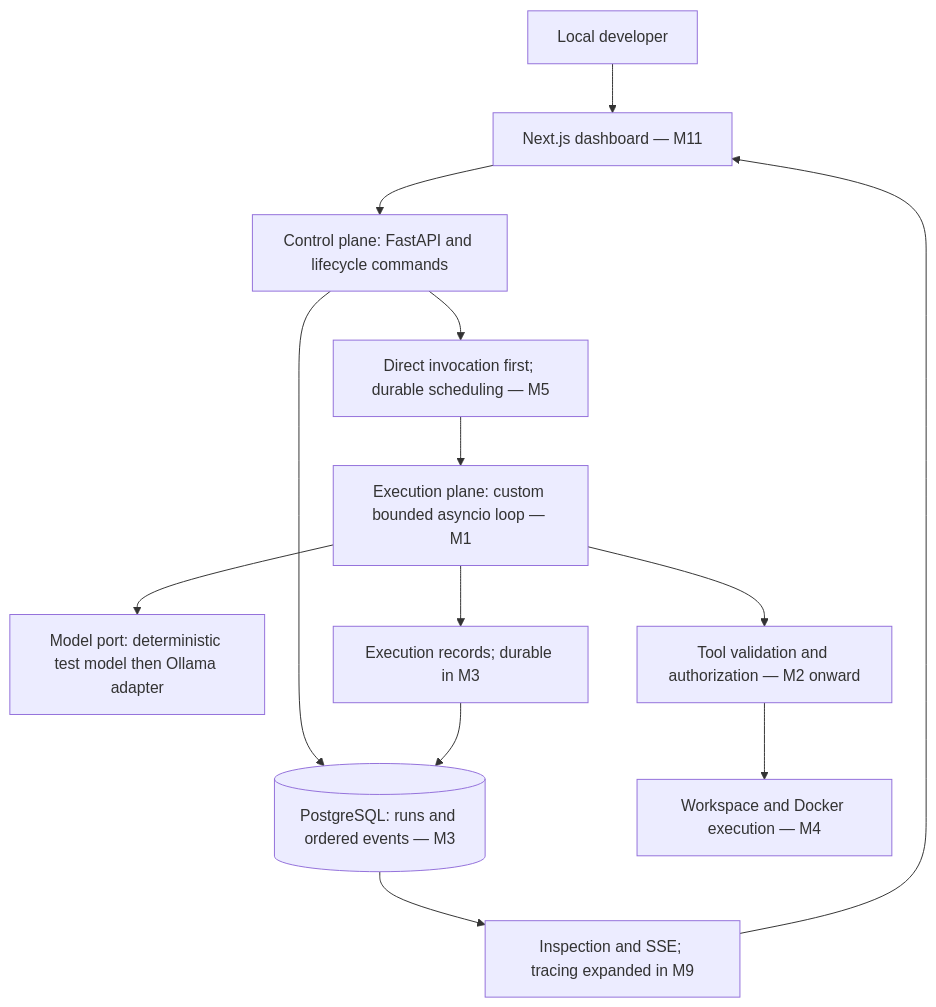
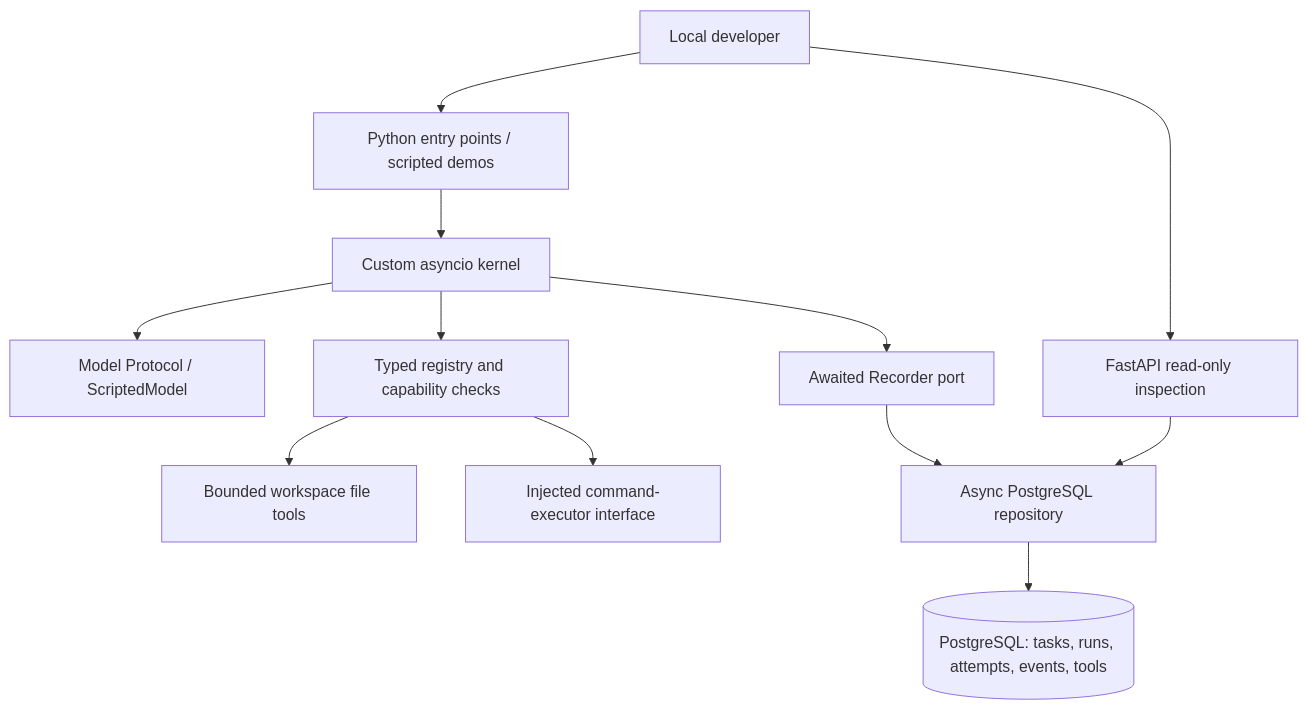
Before and after one commit to SomyadeepTarat/Kairo: the diagram in docs/architecture/overview.md, drawn with Mermaid. The commit also changed other lines of this file and 34 other files, not shown here.

````diff
--- a/docs/architecture/overview.md
+++ b/docs/architecture/overview.md
@@ -23,15 +15,14 @@
 ```mermaid
 flowchart TD
-    User[Local developer] --> Web[Next.js dashboard — M11]
-    Web --> Control[Control plane: FastAPI and lifecycle commands]
-    Control --> Store[(PostgreSQL: runs and ordered events — M3)]
-    Control --> Dispatch[Direct invocation first; durable scheduling — M5]
-    Dispatch --> Runtime[Execution plane: custom bounded asyncio loop — M1]
-    Runtime --> Model[Model port: deterministic test model then Ollama adapter]
-    Runtime --> Policy[Tool validation and authorization — M2 onward]
-    Policy --> Sandbox[Workspace and Docker execution — M4]
-    Runtime --> Records[Execution records; durable in M3]
-    Records --> Store
-    Store --> Inspection[Inspection and SSE; tracing expanded in M9]
-    Inspection --> Web
+    Developer[Local developer] --> Demo[Python entry points / scripted demos]
+    Demo --> Runtime[Custom asyncio kernel]
+    Runtime --> Model[Model Protocol / ScriptedModel]
+    Runtime --> Registry[Typed registry and capability checks]
+    Registry --> Files[Bounded workspace file tools]
+    Registry --> Command[Injected command-executor interface]
+    Runtime --> Recorder[Awaited Recorder port]
+    Recorder --> Repository[Async PostgreSQL repository]
+    Repository --> DB[(PostgreSQL: tasks, runs, attempts, events, tools)]
+    Developer --> API[FastAPI read-only inspection]
+    API --> Repository
 ```
````
